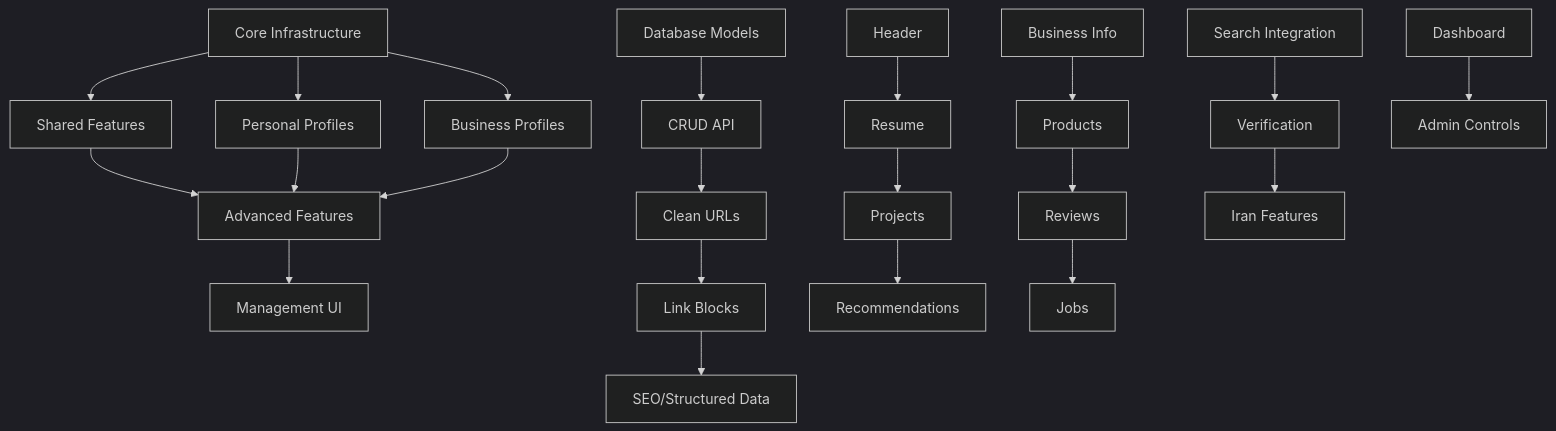
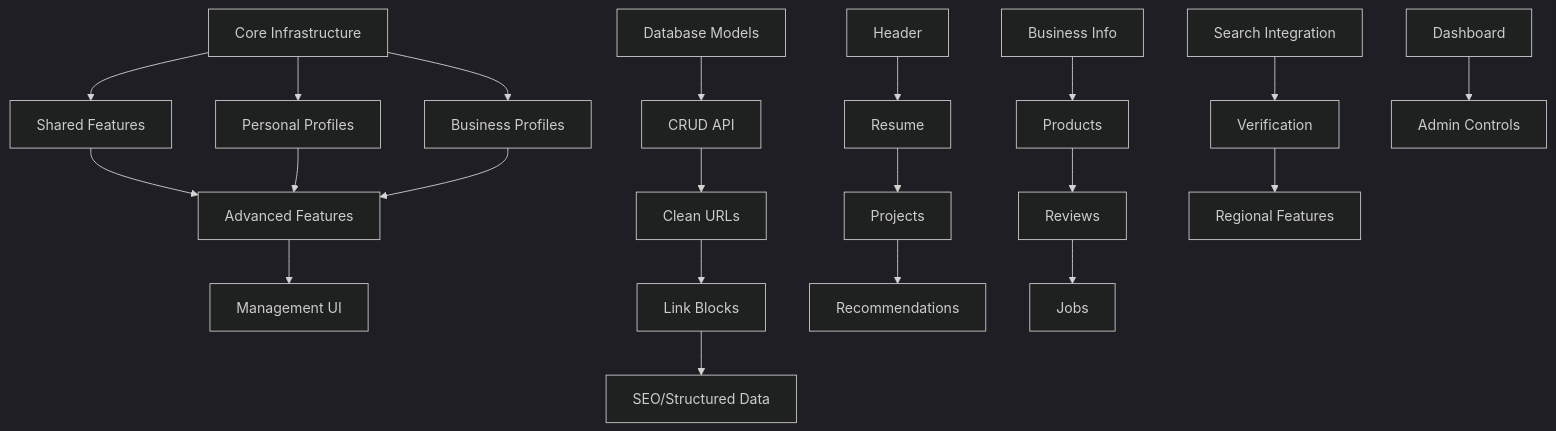
One commit to hatefsystems/search-engine-core changed the diagram in .github/ISSUE_TEMPLATE/profile-tasks/README-profile-system.md. Above: the diagram before and after it, drawn with Mermaid (dark theme). The commit also changed other lines of this file and 20 other files, not shown here.

````diff
--- a/.github/ISSUE_TEMPLATE/profile-tasks/README-profile-system.md
+++ b/.github/ISSUE_TEMPLATE/profile-tasks/README-profile-system.md
@@ -101,28 +118,28 @@
 ```mermaid
 graph TD
     A[Core Infrastructure] --> B[Shared Features]
     A --> C[Personal Profiles]
     A --> D[Business Profiles]
     B --> E[Advanced Features]
     C --> E
     D --> E
     E --> F[Management UI]
 
     A1[Database Models] --> A2[CRUD API]
     A2 --> A3[Clean URLs]
     A3 --> B1[Link Blocks]
     B1 --> B2[SEO/Structured Data]
 
     C1[Header] --> C2[Resume]
     C2 --> C3[Projects]
     C3 --> C4[Recommendations]
 
     D1[Business Info] --> D2[Products]
     D2 --> D3[Reviews]
     D3 --> D4[Jobs]
 
     E1[Search Integration] --> E2[Verification]
-    E2 --> E3[Iran Features]
+    E2 --> E3[Regional Features]
 
     F1[Dashboard] --> F2[Admin Controls]
 ```
````
